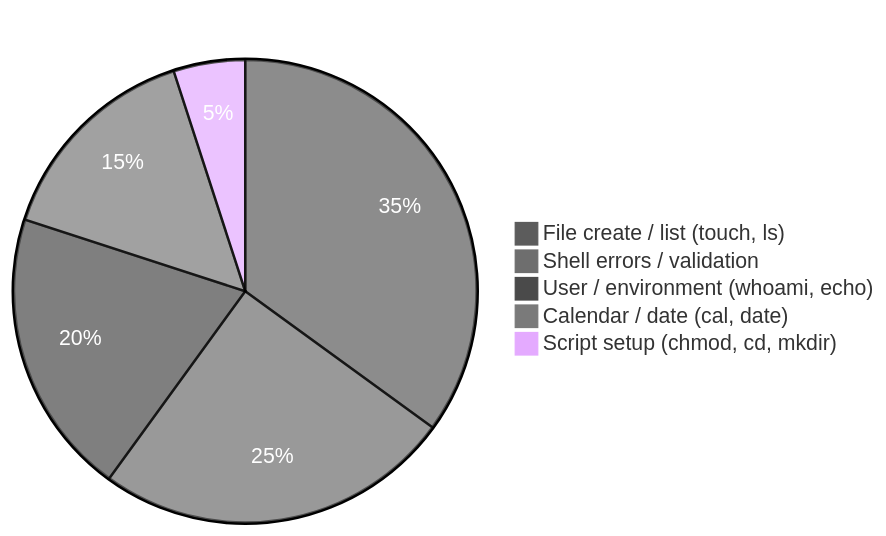
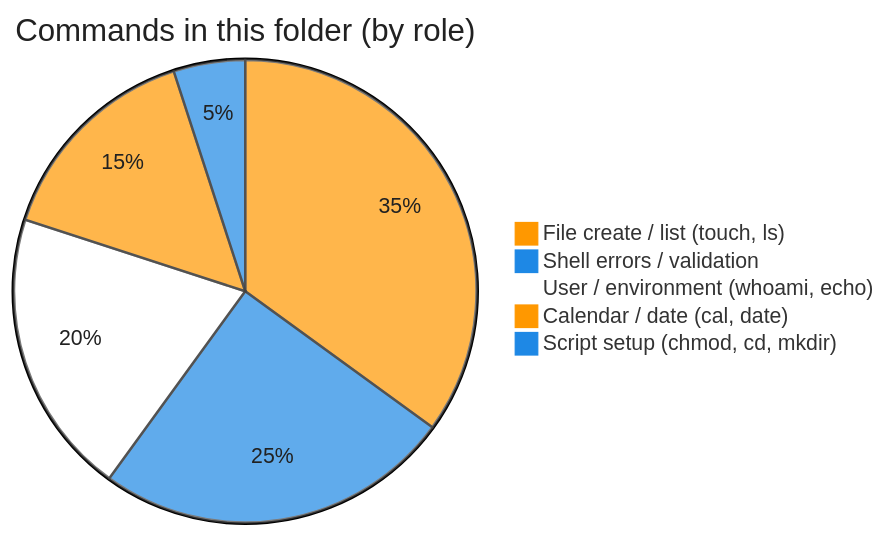
One commit to chaitussm/Linux-Basics changed the first of 2 diagrams in scripts-execution-summary/components-of-unix.md. Above: the diagram before and after it, drawn with Mermaid. The commit also changed 20 other files, not shown here.

First line of the commit message:
Use orange, blue, and white Mermaid pie chart colors

````diff
--- a/scripts-execution-summary/components-of-unix.md
+++ b/scripts-execution-summary/components-of-unix.md
@@ -6,9 +6,9 @@
 ```mermaid
-%%{init: {'theme': 'base', 'themeVariables': {'pie1': '#5c5c5c', 'pie2': '#6e6e6e', 'pie3': '#4a4a4a', 'pie4': '#7a7a7a', 'pieTitleTextColor': '#ffffff', 'pieSectionTextColor': '#ffffff'}}}%%
+%%{init: {'theme': 'base', 'themeVariables': {'pie1': '#FF9800', 'pie2': '#1E88E5', 'pie3': '#FFFFFF', 'pie4': '#FF9800', 'pie5': '#1E88E5', 'pieTitleTextColor': '#212121', 'pieSectionTextColor': '#212121', 'pieStrokeColor': '#424242'}}}%%
 pie title Commands in this folder (by role)
     "File create / list (touch, ls)" : 35
     "Shell errors / validation" : 25
     "User / environment (whoami, echo)" : 20
     "Calendar / date (cal, date)" : 15
     "Script setup (chmod, cd, mkdir)" : 5
 ```
````
